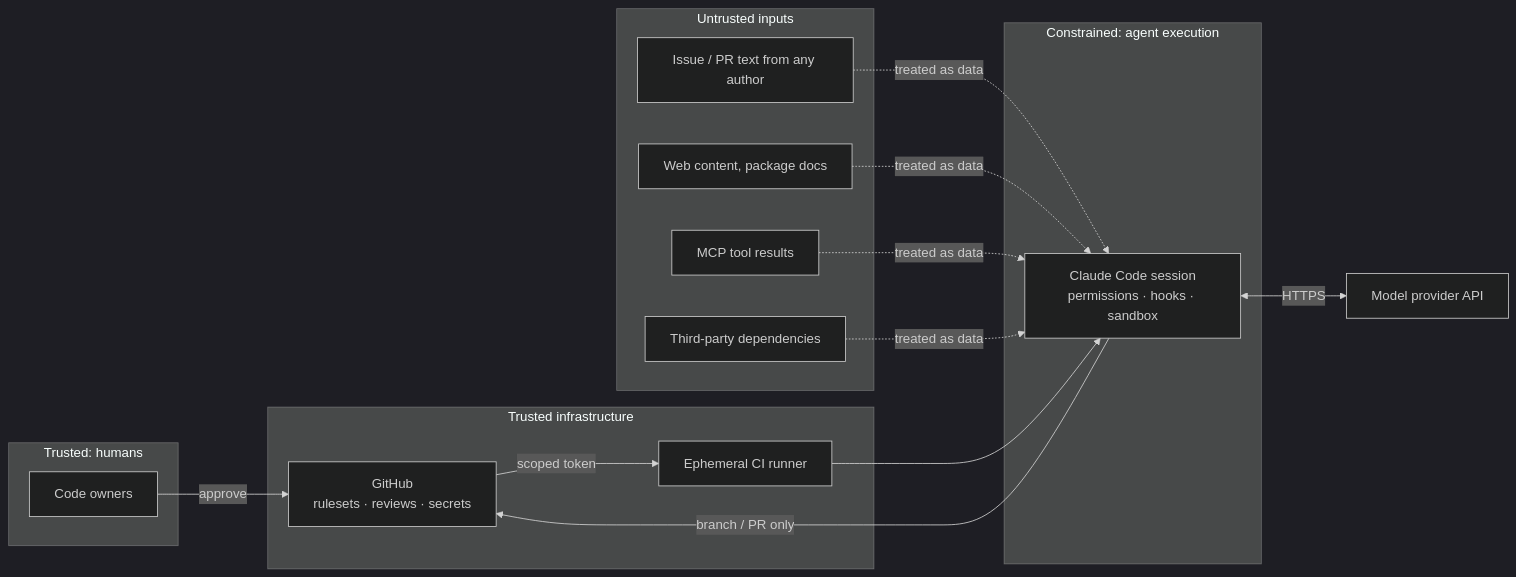
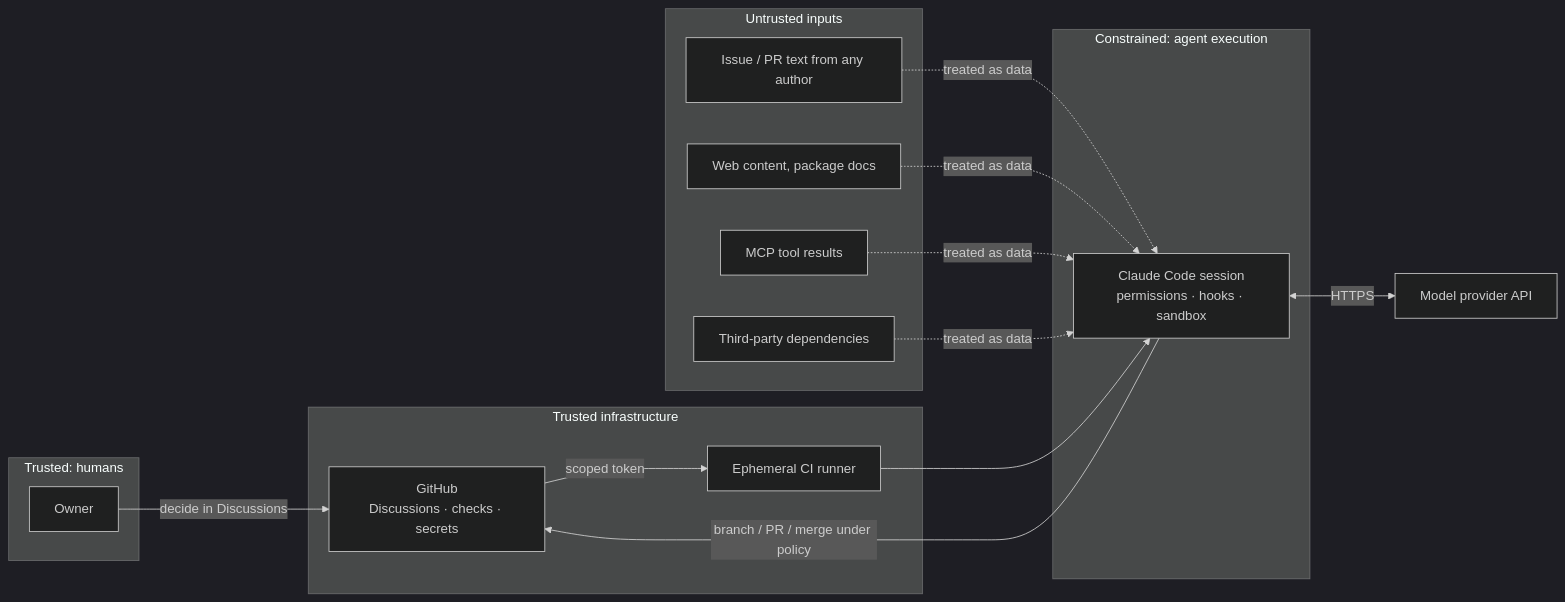
Before and after one commit to albergm02/agent-factory: the diagram in docs/architecture/security-model.md, drawn with Mermaid (dark theme). The commit also changed other lines of this file and 3 other files, not shown here.

First line of the commit message:
docs: ADR-0002 agent-merged PRs and human decisions via GitHub Discussions (#2)

````diff
--- a/docs/architecture/security-model.md
+++ b/docs/architecture/security-model.md
@@ -44,27 +51,27 @@
 ```mermaid
 flowchart LR
     subgraph T0[Trusted: humans]
-        H[Code owners]
+        H[Owner]
     end
     subgraph T1[Trusted infrastructure]
-        GH[GitHub<br/>rulesets · reviews · secrets]
+        GH[GitHub<br/>Discussions · checks · secrets]
         CI[Ephemeral CI runner]
     end
     subgraph T2[Constrained: agent execution]
         SB[Claude Code session<br/>permissions · hooks · sandbox]
     end
     subgraph T3[Untrusted inputs]
         U1[Issue / PR text from any author]
         U2[Web content, package docs]
         U3[MCP tool results]
         U4[Third-party dependencies]
     end
     MP[Model provider API]
 
-    H -->|approve| GH
+    H -->|decide in Discussions| GH
     GH -->|scoped token| CI
     CI --> SB
-    SB -->|branch / PR only| GH
+    SB -->|branch / PR / merge under policy| GH
     SB <-->|HTTPS| MP
     U1 & U2 & U3 & U4 -.->|treated as data| SB
 ```
````
